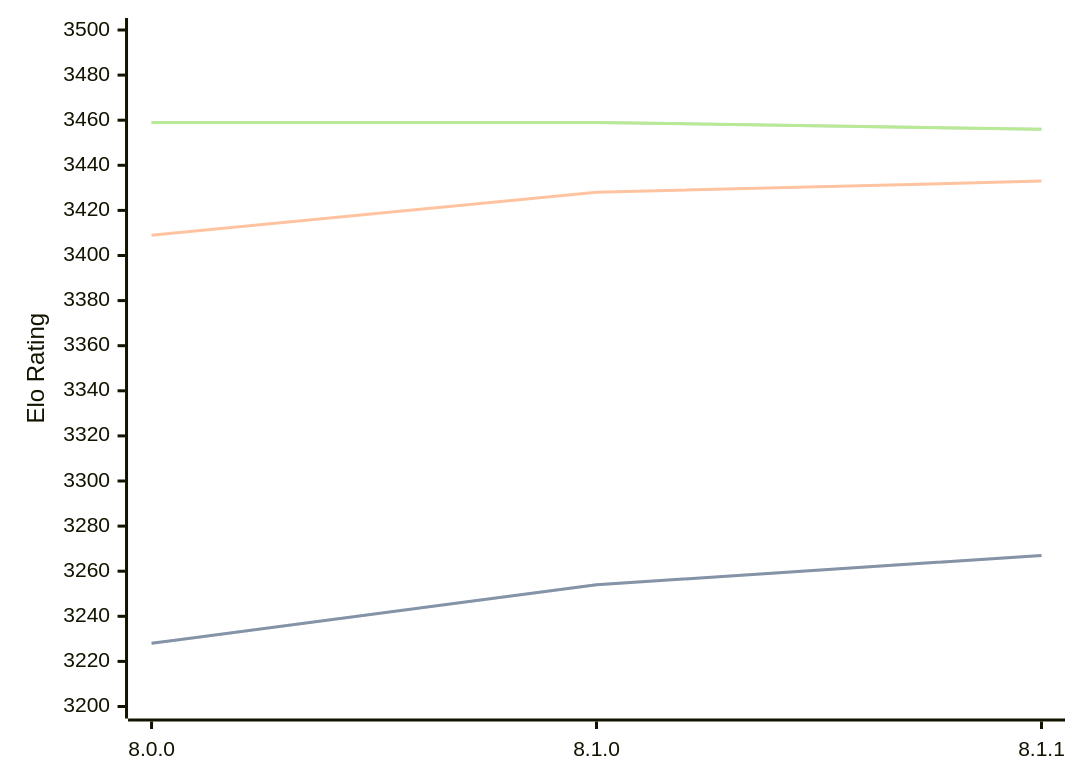
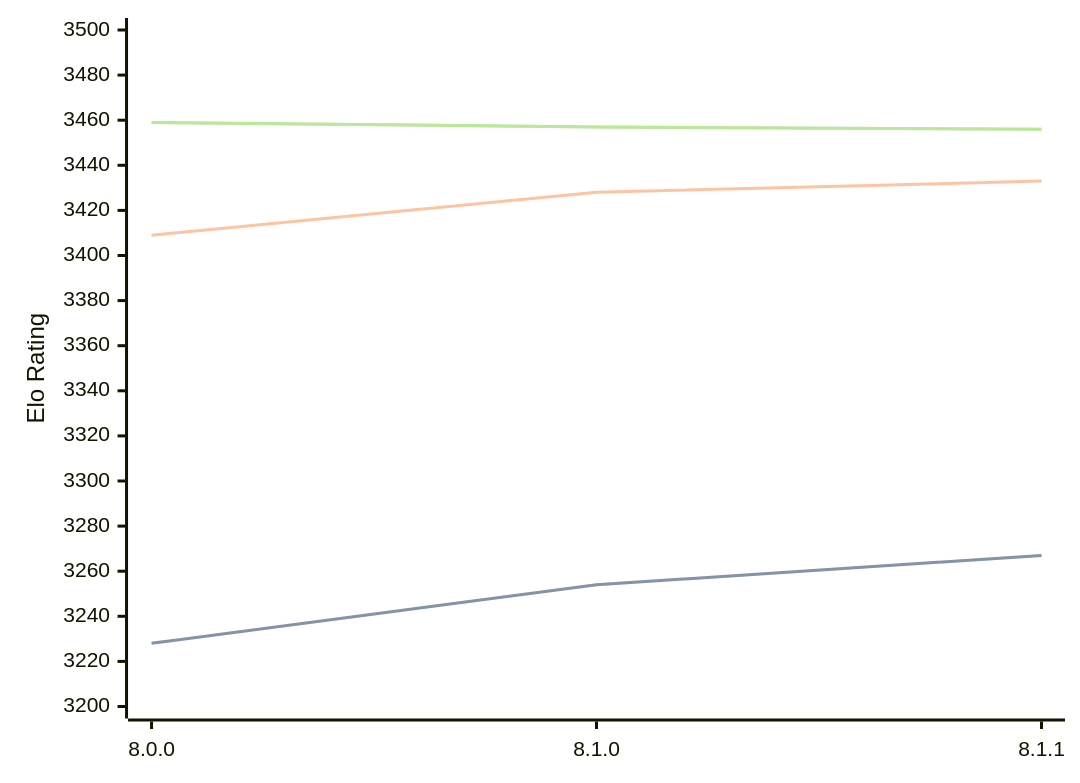
The diagram in engines/Velvet.md (computer-chess-index/cci), drawn with Mermaid before and after one commit. The commit also changed other lines of this file, not shown here.

Commit message:
Update CCI Ratings (ELO VLTC) - 2026-07-21

````diff
--- a/engines/Velvet.md
+++ b/engines/Velvet.md
@@ -57,11 +57,11 @@
 ```mermaid
 %%{init: {"theme":"base","themeVariables":{"seriesColors:['#a3a3a3','#222221','#faa371']}}}%%
 xychart-beta
   x-axis ["8.0.0", "8.1.0", "8.1.1"]
   y-axis "Elo Rating" 3200 --> 3500
   line "STC (8.0+0.08s)" [3228, 3254, 3267]
   line "STC (8.0+0.08s)" [3228, 3254, 3267]
   line "LTC (60.0+0.60s)" [3409, 3428, 3433]
-  line "VLTC (2m24s+1.12s)" [3459, 3459, 3456]
-  line "VLTC (2m24s+1.12s)" [3459, 3459, 3456]
+  line "VLTC (2m24s+1.12s)" [3459, 3457, 3456]
+  line "VLTC (2m24s+1.12s)" [3459, 3457, 3456]
 ```
````
